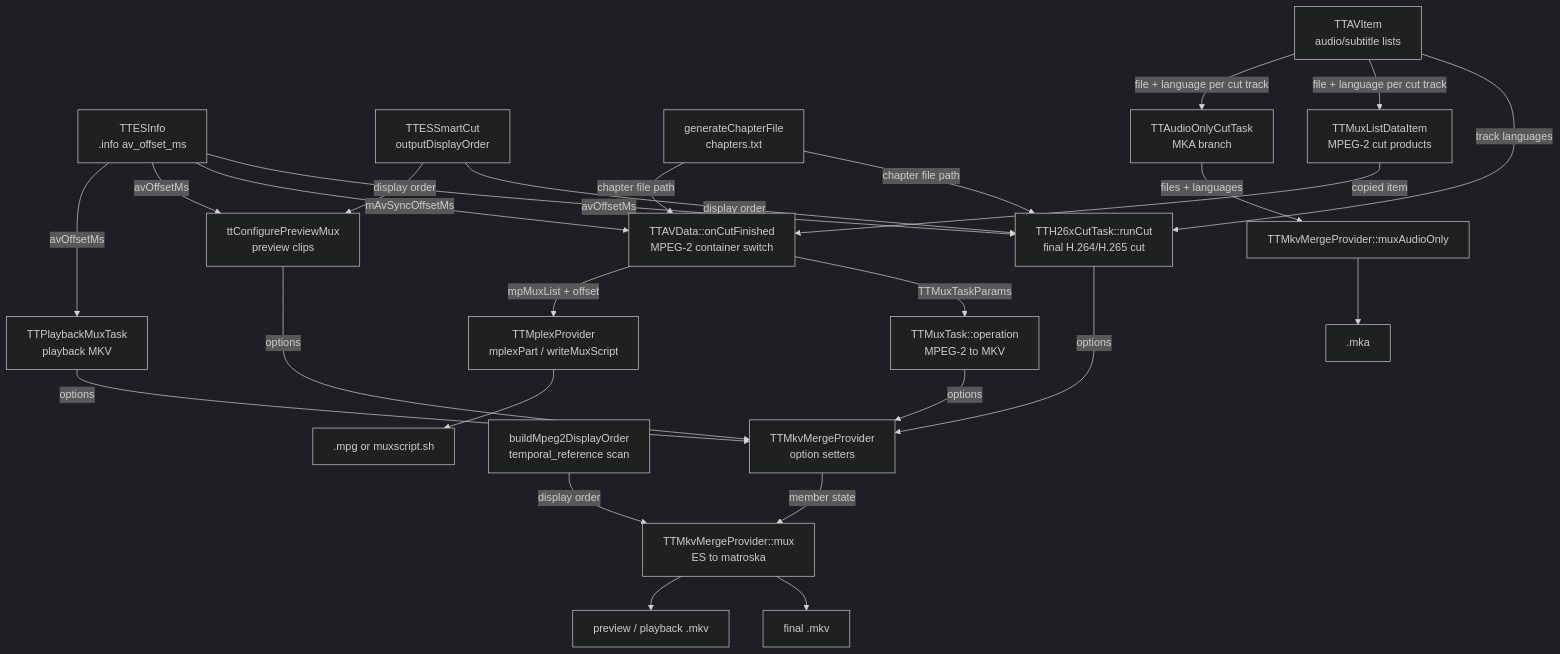
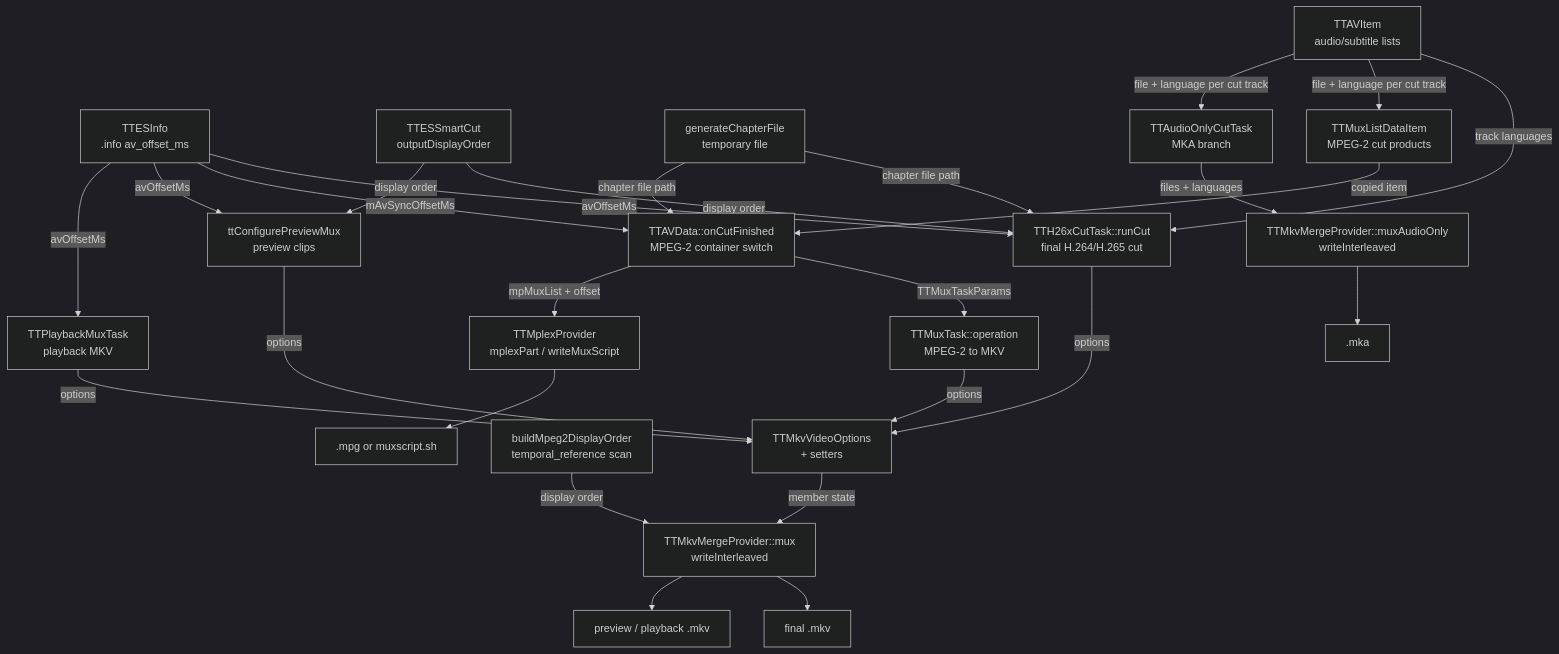
The diagram in docs/code-map/output-mux.md (MINIXJR/TTCut-ng), drawn with Mermaid (dark theme) before and after one commit. The commit also changed other lines of this file and 22 other files, not shown here.

````diff
--- a/docs/code-map/output-mux.md
+++ b/docs/code-map/output-mux.md
@@ -47,49 +49,49 @@
 ```mermaid
 flowchart TD
   INFO["TTESInfo<br/>.info av_offset_ms"]
   AVI["TTAVItem<br/>audio/subtitle lists"]
   SC["TTESSmartCut<br/>outputDisplayOrder"]
-  CHAP["generateChapterFile<br/>chapters.txt"]
+  CHAP["generateChapterFile<br/>temporary file"]
   MLI["TTMuxListDataItem<br/>MPEG-2 cut products"]
   AVD["TTAVData::onCutFinished<br/>MPEG-2 container switch"]
   H26X["TTH26xCutTask::runCut<br/>final H.264/H.265 cut"]
   MUXT["TTMuxTask::operation<br/>MPEG-2 to MKV"]
   PREV["ttConfigurePreviewMux<br/>preview clips"]
   PLAY["TTPlaybackMuxTask<br/>playback MKV"]
   AONLY["TTAudioOnlyCutTask<br/>MKA branch"]
-  CFG["TTMkvMergeProvider<br/>option setters"]
+  CFG["TTMkvVideoOptions<br/>+ setters"]
   M2O["buildMpeg2DisplayOrder<br/>temporal_reference scan"]
-  MUX["TTMkvMergeProvider::mux<br/>ES to matroska"]
-  MAO["TTMkvMergeProvider::muxAudioOnly"]
+  MUX["TTMkvMergeProvider::mux<br/>writeInterleaved"]
+  MAO["TTMkvMergeProvider::muxAudioOnly<br/>writeInterleaved"]
   MPLEX["TTMplexProvider<br/>mplexPart / writeMuxScript"]
   MKV["final .mkv"]
   PMKV["preview / playback .mkv"]
   MKA[".mka"]
   MPG[".mpg or muxscript.sh"]
 
   INFO -->|avOffsetMs| H26X
   INFO -->|mAvSyncOffsetMs| AVD
   INFO -->|avOffsetMs| PREV
   INFO -->|avOffsetMs| PLAY
   AVI -->|track languages| H26X
   AVI -->|file + language per cut track| MLI
   AVI -->|file + language per cut track| AONLY
   SC -->|display order| H26X
   SC -->|display order| PREV
   CHAP -->|chapter file path| H26X
   CHAP -->|chapter file path| AVD
   MLI -->|copied item| AVD
   AVD -->|TTMuxTaskParams| MUXT
   AVD -->|mpMuxList + offset| MPLEX
   H26X -->|options| CFG
   MUXT -->|options| CFG
   PREV -->|options| CFG
   PLAY -->|options| CFG
   CFG -->|member state| MUX
   M2O -->|display order| MUX
   MUX --> MKV
   MUX --> PMKV
   AONLY -->|files + languages| MAO
   MAO --> MKA
   MPLEX --> MPG
 ```
````
